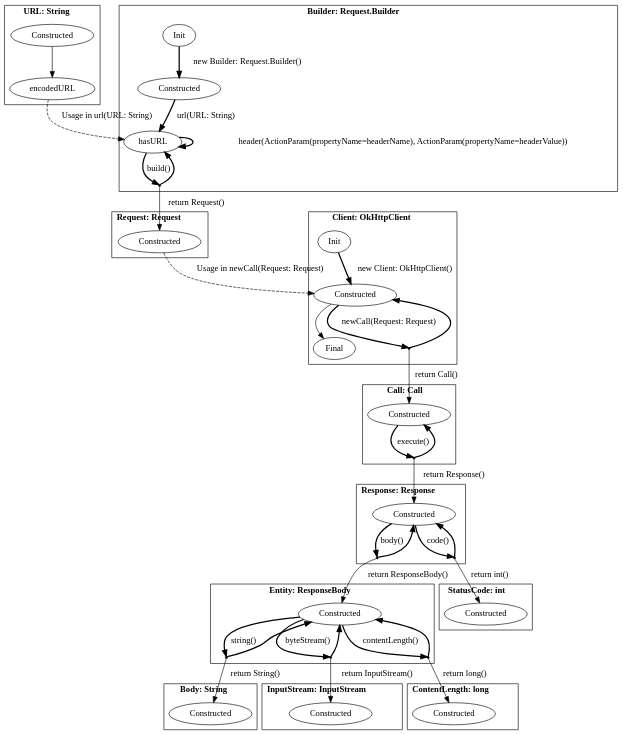
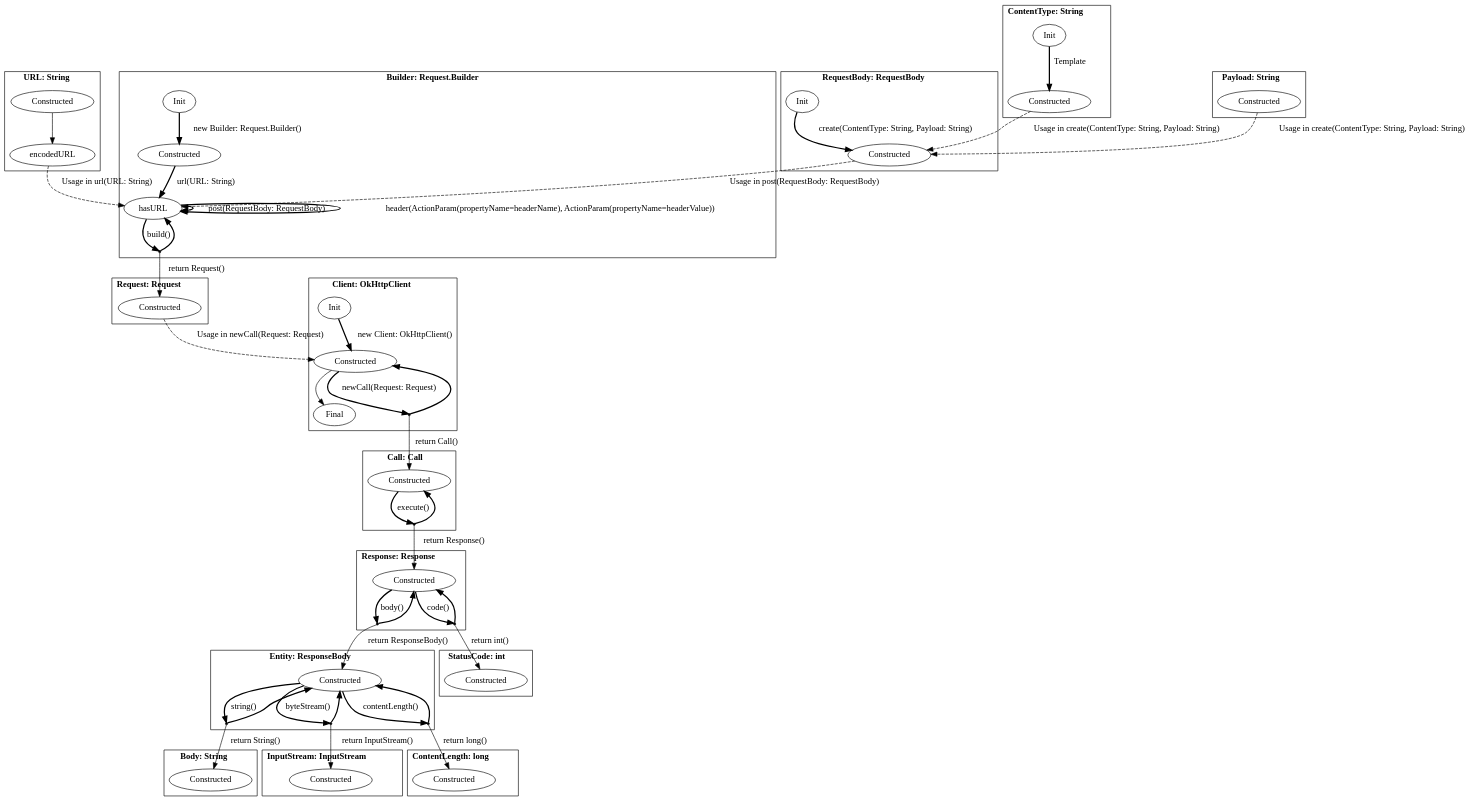
Before and after one commit to h31/LibraryMigration: the diagram in pictures/okhttp.dot, drawn with Graphviz. The commit also changed 14 other files, not shown here.

```diff
--- a/pictures/okhttp.dot
+++ b/pictures/okhttp.dot
@@ -1,92 +1,112 @@
 digraph G {
     bgcolor="transparent";
     subgraph cluster0 {
     label = <<B>URL: String</B>>;
         Constructed_URL [ label="Constructed" ];
         encodedURL_URL [ label="encodedURL" ];
     }
     subgraph cluster1 {
     label = <<B>Request: Request</B>>;
         Constructed_Request [ label="Constructed" ];
     }
     subgraph cluster2 {
     label = <<B>Client: OkHttpClient</B>>;
         Constructed_Client [ label="Constructed" ];
         Init_Client [ label="Init" ];
         Final_Client [ label="Final" ];
         virtual0 [ shape = point ];
     }
     subgraph cluster3 {
     label = <<B>Response: Response</B>>;
         Constructed_Response [ label="Constructed" ];
         virtual1 [ shape = point ];
         virtual2 [ shape = point ];
     }
     subgraph cluster4 {
     label = <<B>Body: String</B>>;
         Constructed_Body [ label="Constructed" ];
     }
     subgraph cluster5 {
     label = <<B>InputStream: InputStream</B>>;
         Constructed_InputStream [ label="Constructed" ];
     }
     subgraph cluster6 {
     label = <<B>ContentLength: long</B>>;
         Constructed_ContentLength [ label="Constructed" ];
     }
     subgraph cluster7 {
     label = <<B>Entity: ResponseBody</B>>;
         Constructed_Entity [ label="Constructed" ];
         virtual3 [ shape = point ];
         virtual4 [ shape = point ];
         virtual5 [ shape = point ];
     }
     subgraph cluster8 {
     label = <<B>Builder: Request.Builder</B>>;
         Constructed_Builder [ label="Constructed" ];
         Init_Builder [ label="Init" ];
         hasURL_Builder [ label="hasURL" ];
         virtual6 [ shape = point ];
     }
     subgraph cluster9 {
     label = <<B>Call: Call</B>>;
         Constructed_Call [ label="Constructed" ];
         virtual7 [ shape = point ];
     }
     subgraph cluster10 {
     label = <<B>StatusCode: int</B>>;
         Constructed_StatusCode [ label="Constructed" ];
     }
+    subgraph cluster11 {
+    label = <<B>RequestBody: RequestBody</B>>;
+        Constructed_RequestBody [ label="Constructed" ];
+        Init_RequestBody [ label="Init" ];
+    }
+    subgraph cluster12 {
+    label = <<B>ContentType: String</B>>;
+        Constructed_ContentType [ label="Constructed" ];
+        Init_ContentType [ label="Init" ];
+    }
+    subgraph cluster13 {
+    label = <<B>Payload: String</B>>;
+        Constructed_Payload [ label="Constructed" ];
+    }
         Constructed_URL -> encodedURL_URL [ label="", style = "solid"  ];
         encodedURL_URL -> hasURL_Builder [ label="Usage in url(URL: String)", style = "dashed"  ];
         Constructed_Request -> Constructed_Client [ label="Usage in newCall(Request: Request)", style = "dashed"  ];
         Init_Client -> Constructed_Client [ label="new Client: OkHttpClient()", style = "bold"  ];
         Constructed_Client -> virtual0 [ style = "bold" label="newCall(Request: Request)"  ];
         virtual0 -> Constructed_Client [ style = "bold"  ];
         virtual0 -> Constructed_Call [ label="return Call()"  ];
         Constructed_Client -> Final_Client [ label="", style = "solid"  ];
         Constructed_Response -> virtual1 [ style = "bold" label="body()"  ];
         virtual1 -> Constructed_Response [ style = "bold"  ];
         virtual1 -> Constructed_Entity [ label="return ResponseBody()"  ];
         Constructed_Response -> virtual2 [ style = "bold" label="code()"  ];
         virtual2 -> Constructed_Response [ style = "bold"  ];
         virtual2 -> Constructed_StatusCode [ label="return int()"  ];
         Constructed_Entity -> virtual3 [ style = "bold" label="string()"  ];
         virtual3 -> Constructed_Entity [ style = "bold"  ];
         virtual3 -> Constructed_Body [ label="return String()"  ];
         Constructed_Entity -> virtual4 [ style = "bold" label="byteStream()"  ];
         virtual4 -> Constructed_Entity [ style = "bold"  ];
         virtual4 -> Constructed_InputStream [ label="return InputStream()"  ];
         Constructed_Entity -> virtual5 [ style = "bold" label="contentLength()"  ];
         virtual5 -> Constructed_Entity [ style = "bold"  ];
         virtual5 -> Constructed_ContentLength [ label="return long()"  ];
         Init_Builder -> Constructed_Builder [ label="new Builder: Request.Builder()", style = "bold"  ];
         Constructed_Builder -> hasURL_Builder [ label="url(URL: String)", style = "bold"  ];
+        hasURL_Builder -> hasURL_Builder [ label="post(RequestBody: RequestBody)", style = "bold"  ];
         hasURL_Builder -> hasURL_Builder [ label="header(ActionParam(propertyName&#x3D;headerName), ActionParam(propertyName&#x3D;headerValue))", style = "bold"  ];
         hasURL_Builder -> virtual6 [ style = "bold" label="build()"  ];
         virtual6 -> hasURL_Builder [ style = "bold"  ];
         virtual6 -> Constructed_Request [ label="return Request()"  ];
         Constructed_Call -> virtual7 [ style = "bold" label="execute()"  ];
         virtual7 -> Constructed_Call [ style = "bold"  ];
         virtual7 -> Constructed_Response [ label="return Response()"  ];
+        Init_RequestBody -> Constructed_RequestBody [ label="create(ContentType: String, Payload: String)", style = "bold"  ];
+        Constructed_RequestBody -> hasURL_Builder [ label="Usage in post(RequestBody: RequestBody)", style = "dashed"  ];
+        Init_ContentType -> Constructed_ContentType [ label="Template", style = "bold"  ];
+        Constructed_ContentType -> Constructed_RequestBody [ label="Usage in create(ContentType: String, Payload: String)", style = "dashed"  ];
+        Constructed_Payload -> Constructed_RequestBody [ label="Usage in create(ContentType: String, Payload: String)", style = "dashed"  ];
 }
```
